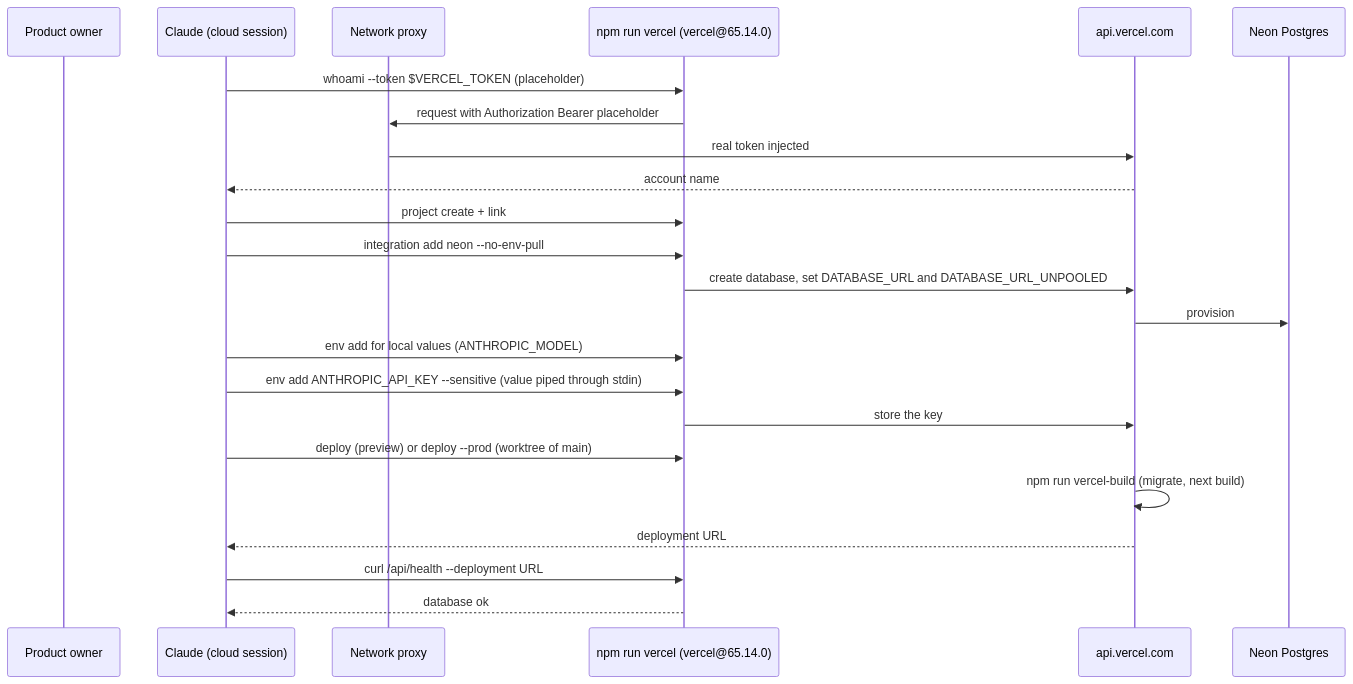
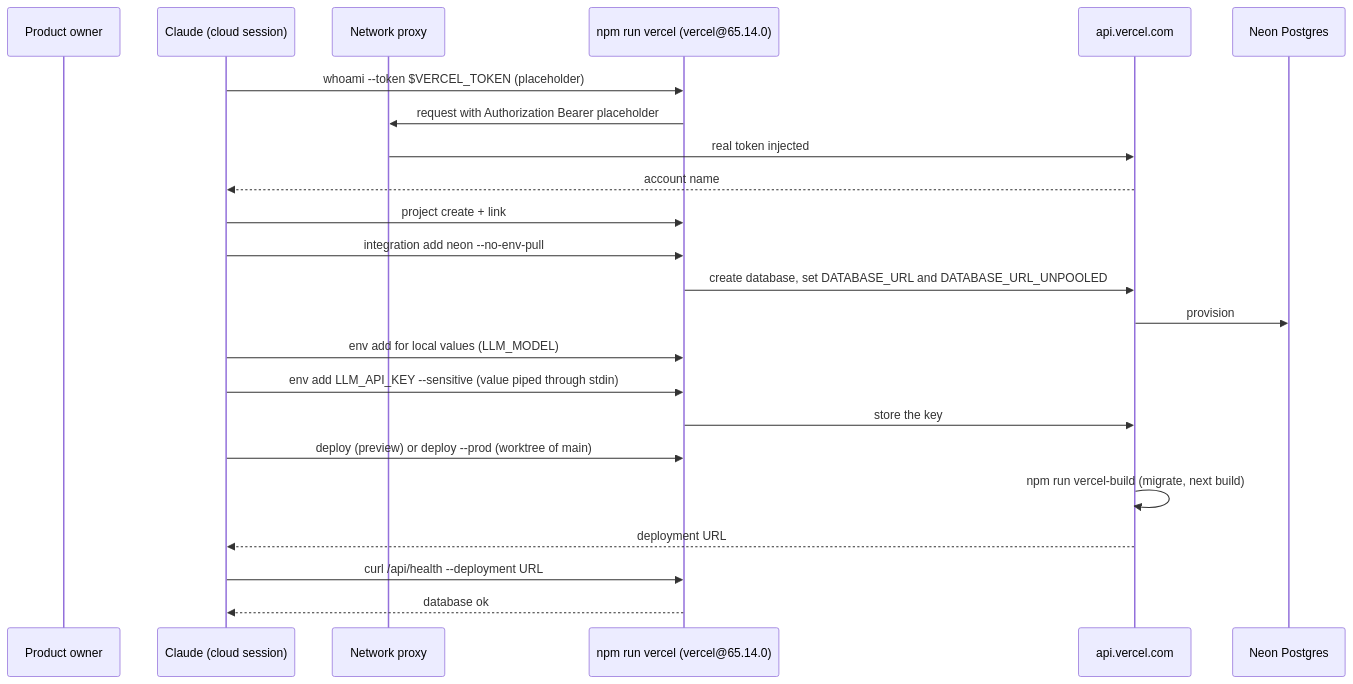
One commit to Blueydata/ai-dev-foundation changed the diagram in docs/technical/deployment.md. Above: the diagram before and after it, drawn with Mermaid. The commit also changed other lines of this file and 15 other files, not shown here.

First line of the commit message:
fix: name the app's AI variables LLM_API_KEY and LLM_MODEL

````diff
--- a/docs/technical/deployment.md
+++ b/docs/technical/deployment.md
@@ -9,25 +9,25 @@
 ```mermaid
 sequenceDiagram
   participant Owner as Product owner
   participant Claude as Claude (cloud session)
   participant Proxy as Network proxy
   participant CLI as npm run vercel (vercel@65.14.0)
   participant Vercel as api.vercel.com
   participant Neon as Neon Postgres
   Claude->>CLI: whoami --token $VERCEL_TOKEN (placeholder)
   CLI->>Proxy: request with Authorization Bearer placeholder
   Proxy->>Vercel: real token injected
   Vercel-->>Claude: account name
   Claude->>CLI: project create + link
   Claude->>CLI: integration add neon --no-env-pull
   CLI->>Vercel: create database, set DATABASE_URL and DATABASE_URL_UNPOOLED
   Vercel->>Neon: provision
-  Claude->>CLI: env add for local values (ANTHROPIC_MODEL)
-  Claude->>CLI: env add ANTHROPIC_API_KEY --sensitive (value piped through stdin)
+  Claude->>CLI: env add for local values (LLM_MODEL)
+  Claude->>CLI: env add LLM_API_KEY --sensitive (value piped through stdin)
   CLI->>Vercel: store the key
   Claude->>CLI: deploy (preview) or deploy --prod (worktree of main)
   Vercel->>Vercel: npm run vercel-build (migrate, next build)
   Vercel-->>Claude: deployment URL
   Claude->>CLI: curl /api/health --deployment URL
   CLI-->>Claude: database ok
 ```
````
